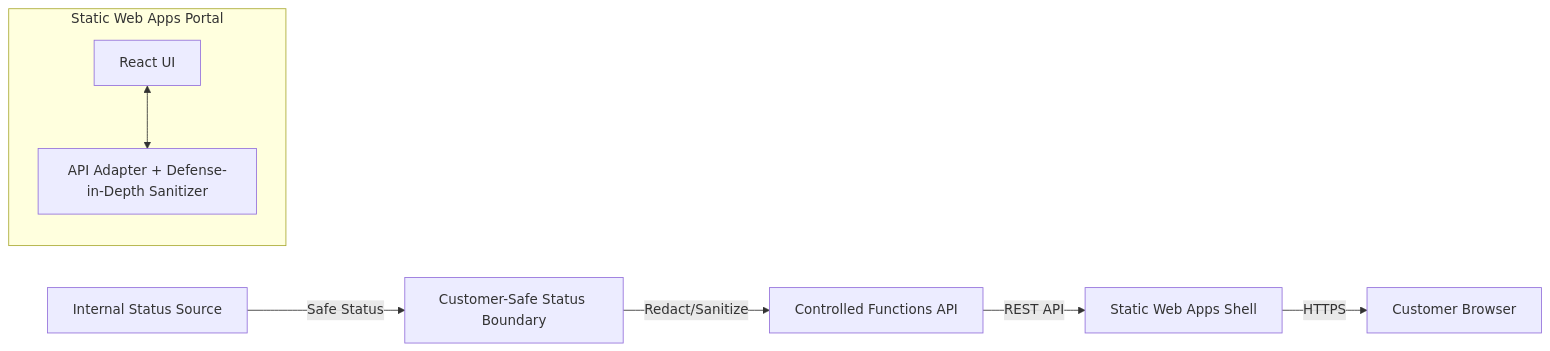
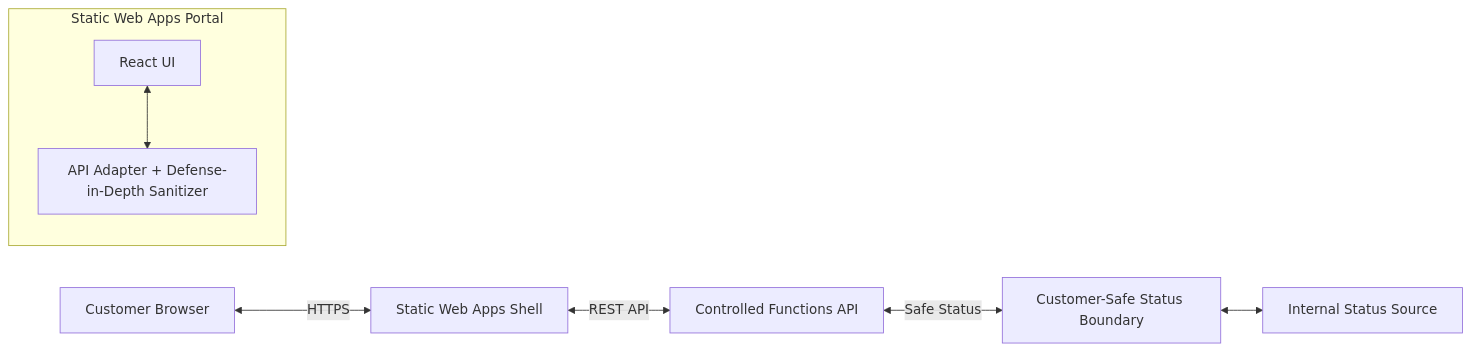
Before and after one commit to wildersa/azure_ref_kit: the diagram in building-blocks/portals/static-status-portal/README.md, drawn with Mermaid. The commit also changed other lines of this file and 11 other files, not shown here.

First line of the commit message:
[PORTAL-001] Add minimal customer-safe static status portal (#283)

````diff
--- a/building-blocks/portals/static-status-portal/README.md
+++ b/building-blocks/portals/static-status-portal/README.md
@@ -20,13 +20,13 @@
 ```mermaid
 flowchart LR
-    Source[Internal Status Source] -->|Safe Status| Boundary[Customer-Safe Status Boundary]
-    Boundary -->|Redact/Sanitize| Func[Controlled Functions API]
-    Func -->|REST API| SWA[Static Web Apps Shell]
-    SWA -->|HTTPS| Customer[Customer Browser]
+    Customer[Customer Browser] <-->|HTTPS| SWA[Static Web Apps Shell]
+    SWA <-->|REST API| Func[Controlled Functions API]
+    Func <-->|Safe Status| Boundary[Customer-Safe Status Boundary]
+    Boundary <--> Source[Internal Status Source]
 
     subgraph "Static Web Apps Portal"
         UI[React UI]
         Adapter[API Adapter + Defense-in-Depth Sanitizer]
         UI <--> Adapter
     end
 ```
````
